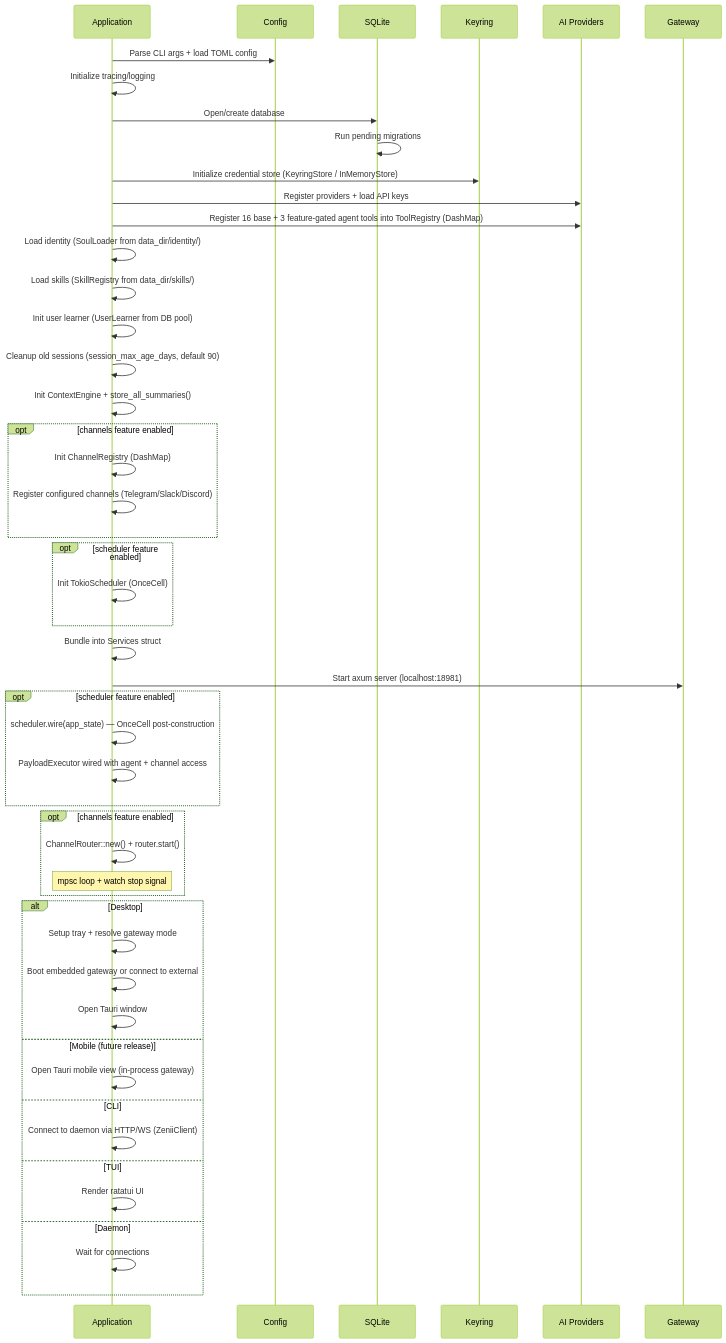
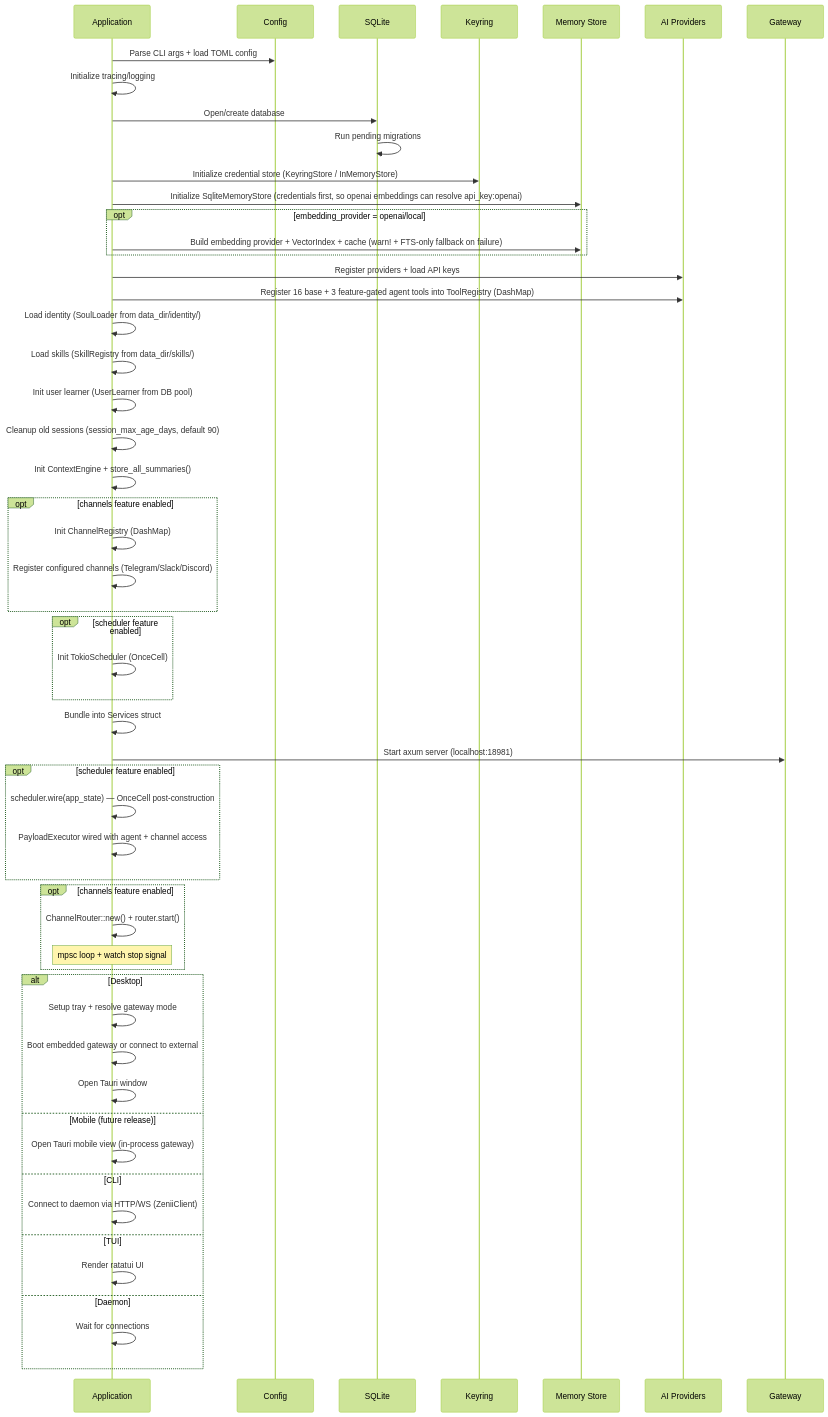
Before and after one commit to sprklai/zenii: the second of 28 diagrams in docs/processes.md, drawn with Mermaid (forest theme). The commit also changed 2 other files, not shown here.

Commit message:
docs: document OpenAI embedding boot wiring and reindex 501

````diff
--- a/docs/processes.md
+++ b/docs/processes.md
@@ -88,53 +88,58 @@
 ```mermaid
 sequenceDiagram
     participant App as Application
     participant Cfg as Config
     participant DB as SQLite
     participant Cred as Keyring
+    participant MS as Memory Store
     participant AI as AI Providers
     participant GW as Gateway
 
     App->>Cfg: Parse CLI args + load TOML config
     App->>App: Initialize tracing/logging
     App->>DB: Open/create database
     DB->>DB: Run pending migrations
     App->>Cred: Initialize credential store (KeyringStore / InMemoryStore)
+    App->>MS: Initialize SqliteMemoryStore (credentials first, so openai embeddings can resolve api_key:openai)
+    opt embedding_provider = openai/local
+        App->>MS: Build embedding provider + VectorIndex + cache (warn! + FTS-only fallback on failure)
+    end
     App->>AI: Register providers + load API keys
     App->>AI: Register 16 base + 3 feature-gated agent tools into ToolRegistry (DashMap)
     App->>App: Load identity (SoulLoader from data_dir/identity/)
     App->>App: Load skills (SkillRegistry from data_dir/skills/)
     App->>App: Init user learner (UserLearner from DB pool)
     App->>App: Cleanup old sessions (session_max_age_days, default 90)
     App->>App: Init ContextEngine + store_all_summaries()
     opt channels feature enabled
         App->>App: Init ChannelRegistry (DashMap)
         App->>App: Register configured channels (Telegram/Slack/Discord)
     end
     opt scheduler feature enabled
         App->>App: Init TokioScheduler (OnceCell)
     end
     App->>App: Bundle into Services struct
     App->>GW: Start axum server (localhost:18981)
     opt scheduler feature enabled
         App->>App: scheduler.wire(app_state) — OnceCell post-construction
         App->>App: PayloadExecutor wired with agent + channel access
     end
     opt channels feature enabled
         App->>App: ChannelRouter::new() + router.start()
         Note over App: mpsc loop + watch stop signal
     end
 
     alt Desktop
         App->>App: Setup tray + resolve gateway mode
         App->>App: Boot embedded gateway or connect to external
         App->>App: Open Tauri window
     else Mobile (future release)
         App->>App: Open Tauri mobile view (in-process gateway)
     else CLI
         App->>App: Connect to daemon via HTTP/WS (ZeniiClient)
     else TUI
         App->>App: Render ratatui UI
     else Daemon
         App->>App: Wait for connections
     end
 ```
````
